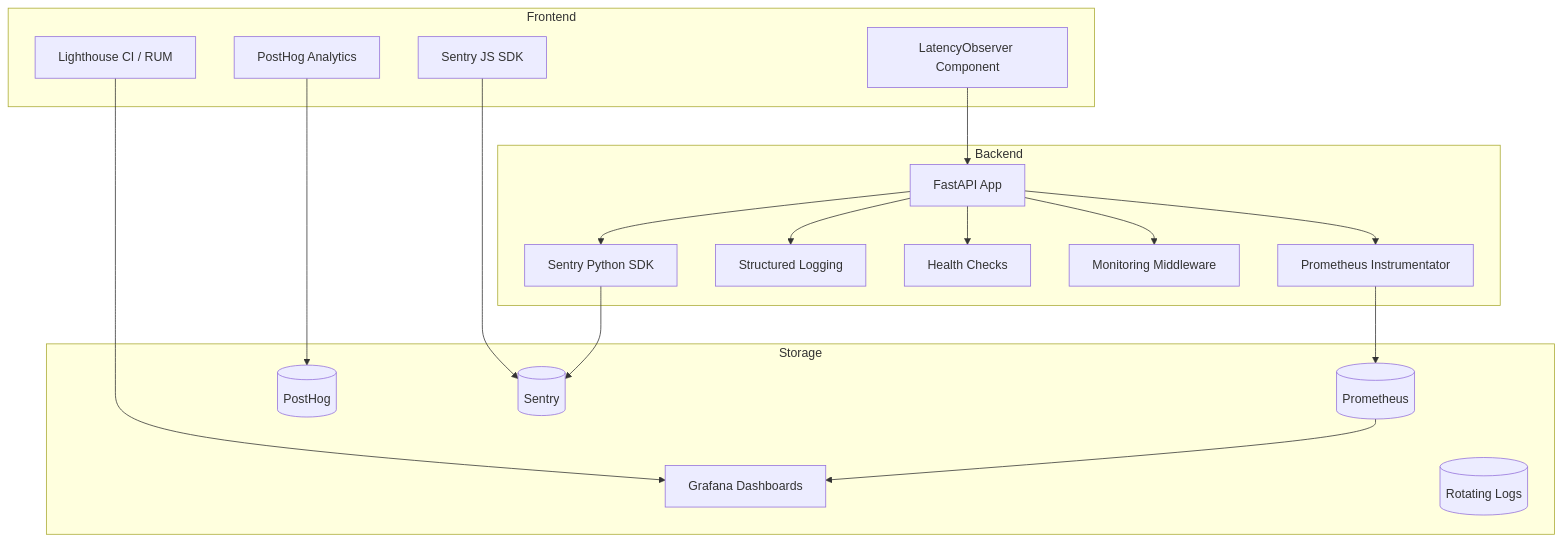
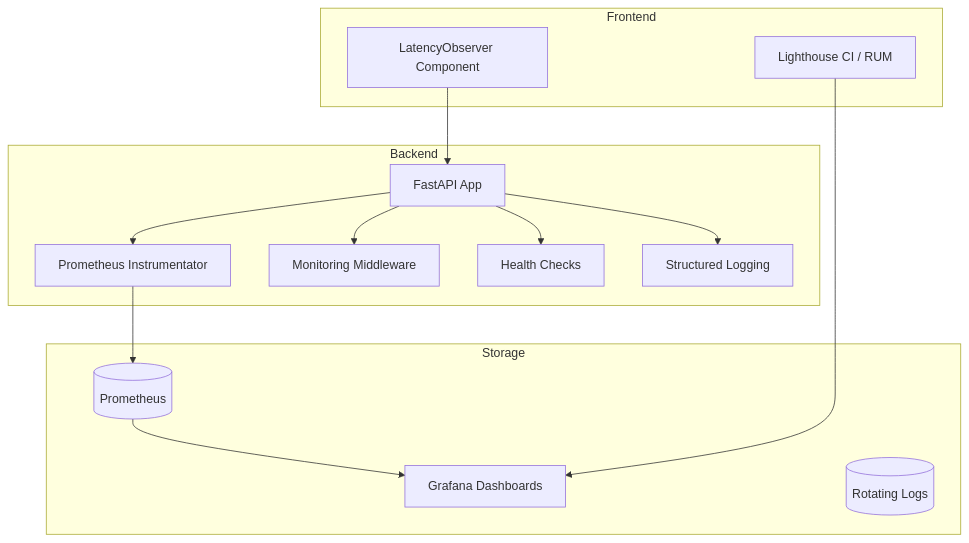
Before and after one commit to rohitkumarnaidu/ScholarFormAI: the first of 5 diagrams in docs/MONITORING_OBSERVABILITY.md, drawn with Mermaid. The commit also changed other lines of this file and 5 other files, not shown here.

First line of the commit message:
docs: update monitoring, scalability, and architecture docs

````diff
--- a/docs/MONITORING_OBSERVABILITY.md
+++ b/docs/MONITORING_OBSERVABILITY.md
@@ -25,42 +23,33 @@
 ```mermaid
 graph TB
     subgraph Frontend
         RUM[Lighthouse CI / RUM]
-        PH[PostHog Analytics]
-        FE_SENTRY[Sentry JS SDK]
         LATENCY[LatencyObserver Component]
     end
 
     subgraph Backend
         FASTAPI[FastAPI App]
         PROM[Prometheus Instrumentator]
         MM[Monitoring Middleware]
         HC[Health Checks]
         LOG[Structured Logging]
-        BE_SENTRY[Sentry Python SDK]
     end
 
     subgraph Storage
         PROM_DB[(Prometheus)]
         GRAFANA[Grafana Dashboards]
-        SENTRY_DB[(Sentry)]
-        PH_DB[(PostHog)]
         LOG_FILES[(Rotating Logs)]
     end
 
     FASTAPI --> PROM
     FASTAPI --> MM
     FASTAPI --> HC
     FASTAPI --> LOG
-    FASTAPI --> BE_SENTRY
 
     PROM --> PROM_DB
     PROM_DB --> GRAFANA
 
-    FE_SENTRY --> SENTRY_DB
-    BE_SENTRY --> SENTRY_DB
 
-    PH --> PH_DB
     LATENCY --> FASTAPI
     RUM --> GRAFANA
 ```
````
